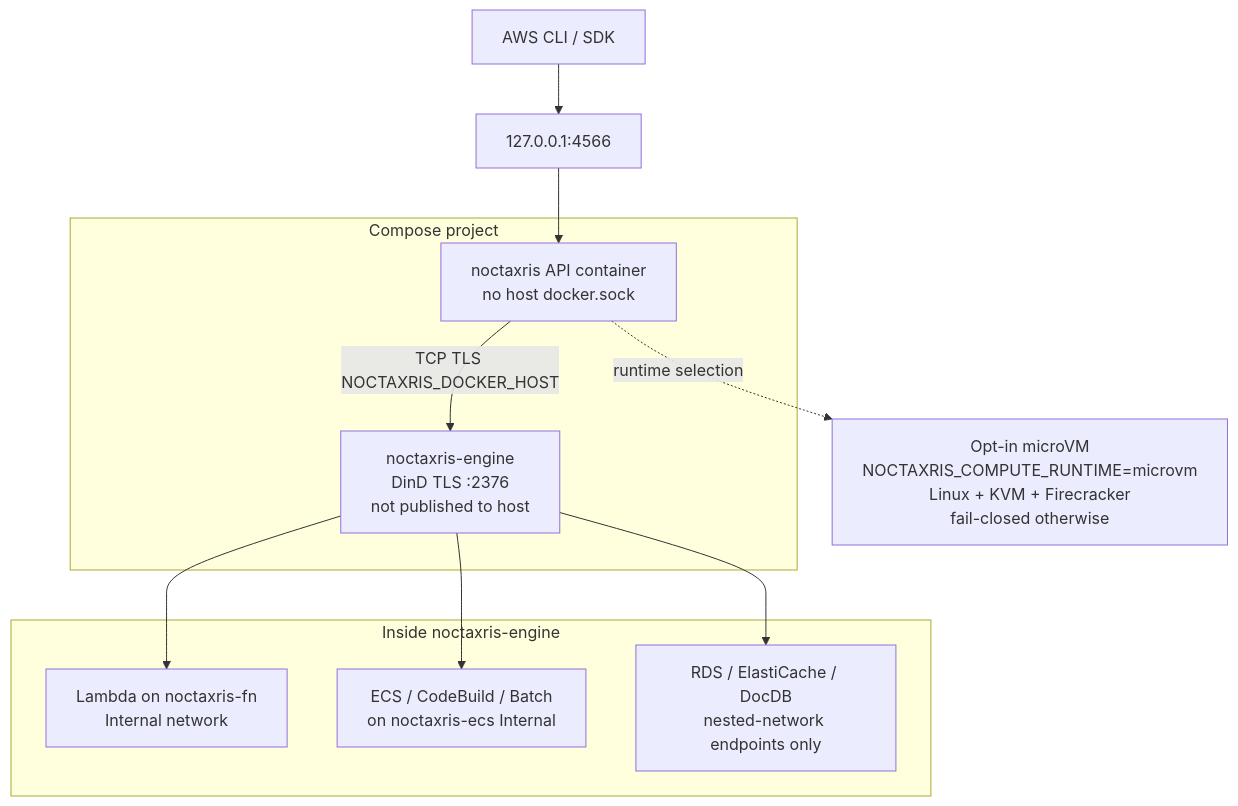
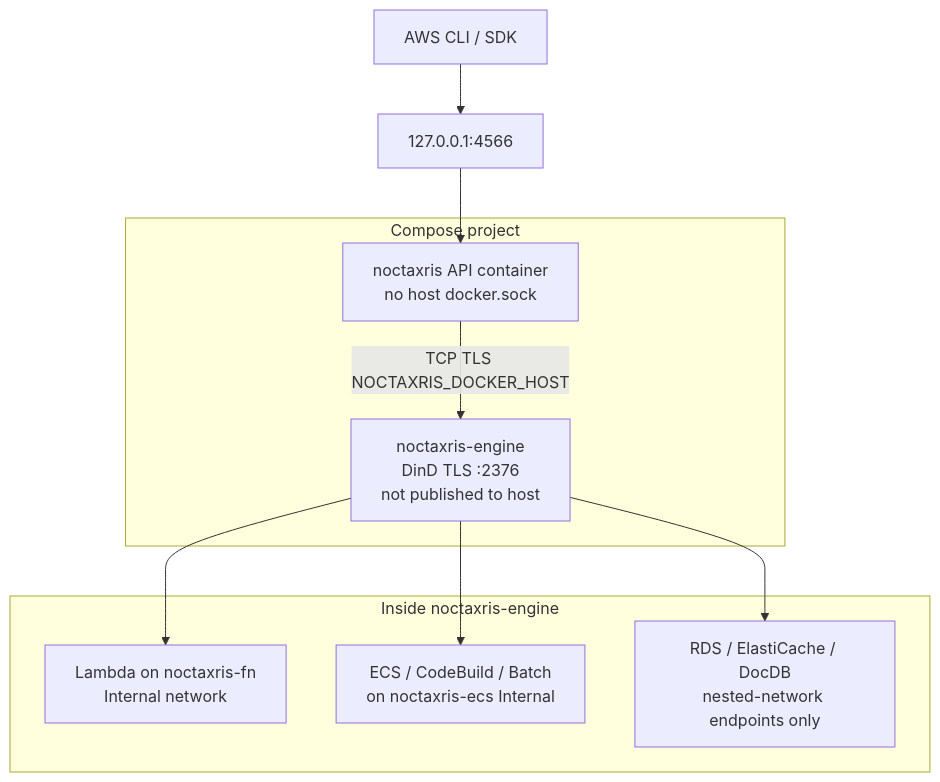
Before and after one commit to Kyaxris-Labs/Noctaxris: the first of 2 diagrams in docs/architecture.md, drawn with Mermaid. The commit also changed other lines of this file and 142 other files, not shown here.

````diff
--- a/docs/architecture.md
+++ b/docs/architecture.md
@@ -11,25 +11,22 @@
 ```mermaid
 flowchart TB
   Client["AWS CLI / SDK"]
   HostPort["127.0.0.1:4566"]
 
   subgraph Compose["Compose project"]
     API["noctaxris API container<br/>no host docker.sock"]
     Engine["noctaxris-engine<br/>DinD TLS :2376<br/>not published to host"]
   end
 
   subgraph Nested["Inside noctaxris-engine"]
     FnNet["Lambda on noctaxris-fn<br/>Internal network"]
     EcsNet["ECS / CodeBuild / Batch<br/>on noctaxris-ecs Internal"]
     DataNet["RDS / ElastiCache / DocDB<br/>nested-network endpoints only"]
   end
 
-  MicroVM["Opt-in microVM<br/>NOCTAXRIS_COMPUTE_RUNTIME=microvm<br/>Linux + KVM + Firecracker<br/>fail-closed otherwise"]
-
   Client --> HostPort --> API
   API -->|"TCP TLS NOCTAXRIS_DOCKER_HOST"| Engine
   Engine --> FnNet
   Engine --> EcsNet
   Engine --> DataNet
-  API -.->|"runtime selection"| MicroVM
 ```
````
